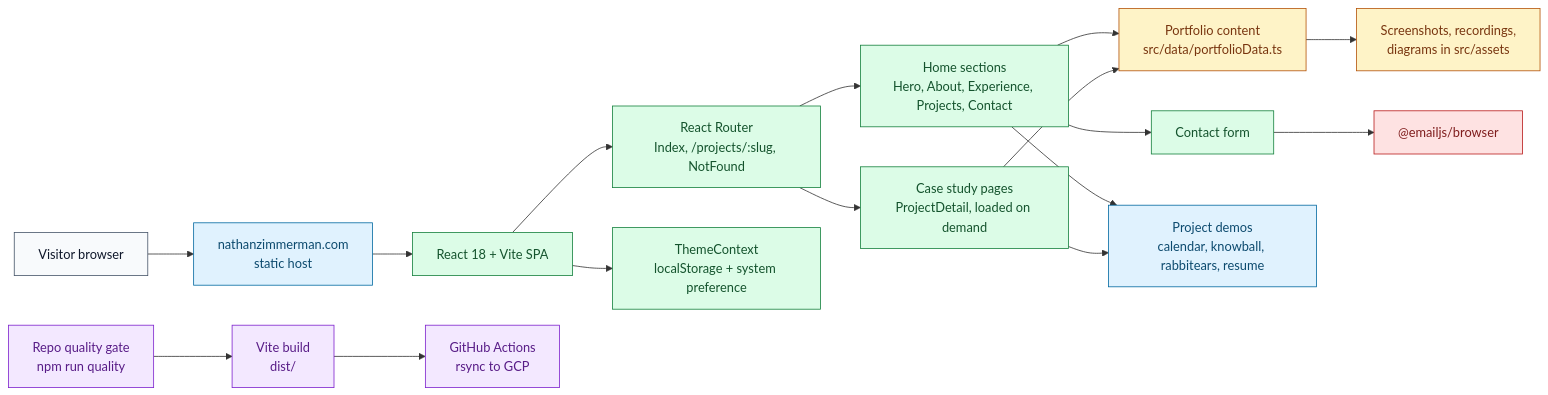
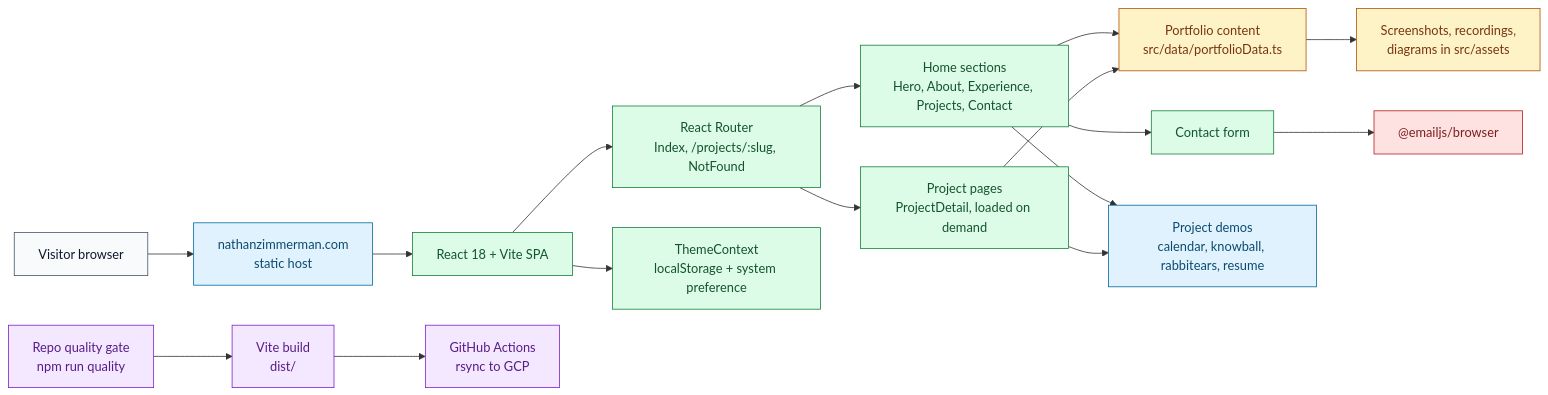
Before and after one commit to natezimm/nathanzimmerman.com: the first of 2 diagrams in docs/architecture.md, drawn with Mermaid. The commit also changed other lines of this file and 10 other files, not shown here.

First line of the commit message:
Drop the case study wording from the project pages

````diff
--- a/docs/architecture.md
+++ b/docs/architecture.md
@@ -9,30 +9,30 @@
 ```mermaid
 flowchart LR
   Visitor["Visitor browser"] --> Site["nathanzimmerman.com<br/>static host"]
   Site --> App["React 18 + Vite SPA"]
   App --> Router["React Router<br/>Index, /projects/:slug, NotFound"]
   Router --> Sections["Home sections<br/>Hero, About, Experience, Projects, Contact"]
-  Router --> CaseStudies["Case study pages<br/>ProjectDetail, loaded on demand"]
+  Router --> ProjectPages["Project pages<br/>ProjectDetail, loaded on demand"]
   Sections --> Content["Portfolio content<br/>src/data/portfolioData.ts"]
-  CaseStudies --> Content
+  ProjectPages --> Content
   Content --> Media["Screenshots, recordings,<br/>diagrams in src/assets"]
   App --> Theme["ThemeContext<br/>localStorage + system preference"]
   Sections --> Contact["Contact form"]
   Contact --> EmailJS["@emailjs/browser"]
-  Sections & CaseStudies --> ProjectSites["Project demos<br/>calendar, knowball, rabbitears, resume"]
+  Sections & ProjectPages --> ProjectSites["Project demos<br/>calendar, knowball, rabbitears, resume"]
   Repo["Repo quality gate<br/>npm run quality"] --> Build["Vite build<br/>dist/"]
   Build --> Deploy["GitHub Actions<br/>rsync to GCP"]
 
   classDef user fill:#f8fafc,stroke:#475569,color:#0f172a
   classDef site fill:#e0f2fe,stroke:#0369a1,color:#0c4a6e
   classDef client fill:#dcfce7,stroke:#15803d,color:#14532d
   classDef data fill:#fef3c7,stroke:#b45309,color:#78350f
   classDef delivery fill:#f3e8ff,stroke:#7e22ce,color:#581c87
   classDef external fill:#fee2e2,stroke:#b91c1c,color:#7f1d1d
   class Visitor user
   class Site,ProjectSites site
-  class App,Router,Sections,CaseStudies,Theme,Contact client
+  class App,Router,Sections,ProjectPages,Theme,Contact client
   class Content,Media data
   class Repo,Build,Deploy delivery
   class EmailJS external
 ```
````
